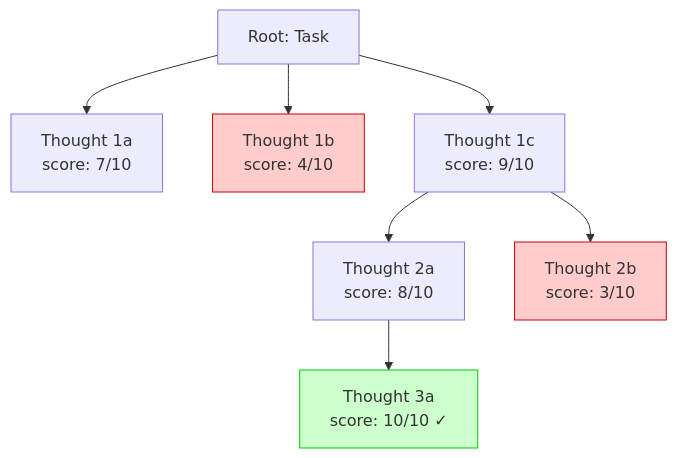
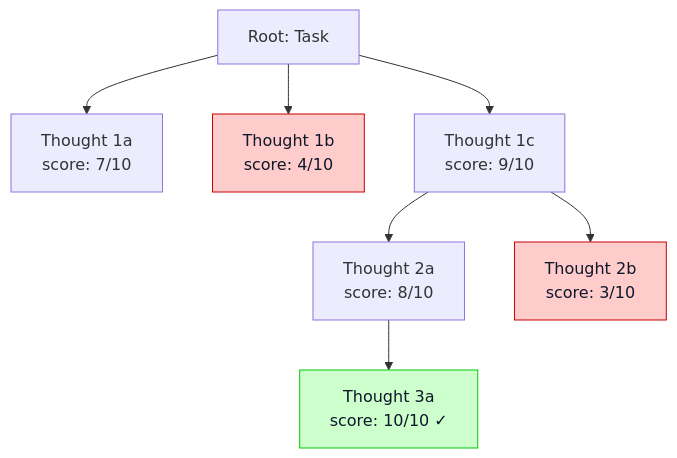
One commit to blebleblee/synapse changed the third of 5 diagrams in topics/computing/ai/ai_agents/lesson_02_reflection_mechanisms.md. Above: the diagram before and after it, drawn with Mermaid. The commit also changed other lines of this file and 1464 other files, not shown here.

Commit message:
feat(release): curriculum vector mermaid upgrade, render hardening, and master synpack

````diff
--- a/topics/computing/ai/ai_agents/lesson_02_reflection_mechanisms.md
+++ b/topics/computing/ai/ai_agents/lesson_02_reflection_mechanisms.md
@@ -541,21 +541,21 @@
 ```mermaid
 graph TD
     ROOT["Root: Task"]
     T1["Thought 1a\nscore: 7/10"]
     T2["Thought 1b\nscore: 4/10"]
     T3["Thought 1c\nscore: 9/10"]
     T3A["Thought 2a\nscore: 8/10"]
     T3B["Thought 2b\nscore: 3/10"]
     T3A1["Thought 3a\nscore: 10/10 ✓"]
 
     ROOT --> T1
     ROOT --> T2
     ROOT --> T3
     T3 --> T3A
     T3 --> T3B
     T3A --> T3A1
 
-    style T2 fill:#ffcccc,stroke:#cc0000
-    style T3B fill:#ffcccc,stroke:#cc0000
-    style T3A1 fill:#ccffcc,stroke:#00cc00
+    style T2 fill:#ffcccc,stroke:#cc0000,color:#0f172a
+    style T3B fill:#ffcccc,stroke:#cc0000,color:#0f172a
+    style T3A1 fill:#ccffcc,stroke:#00cc00,color:#0f172a
 ```
````
